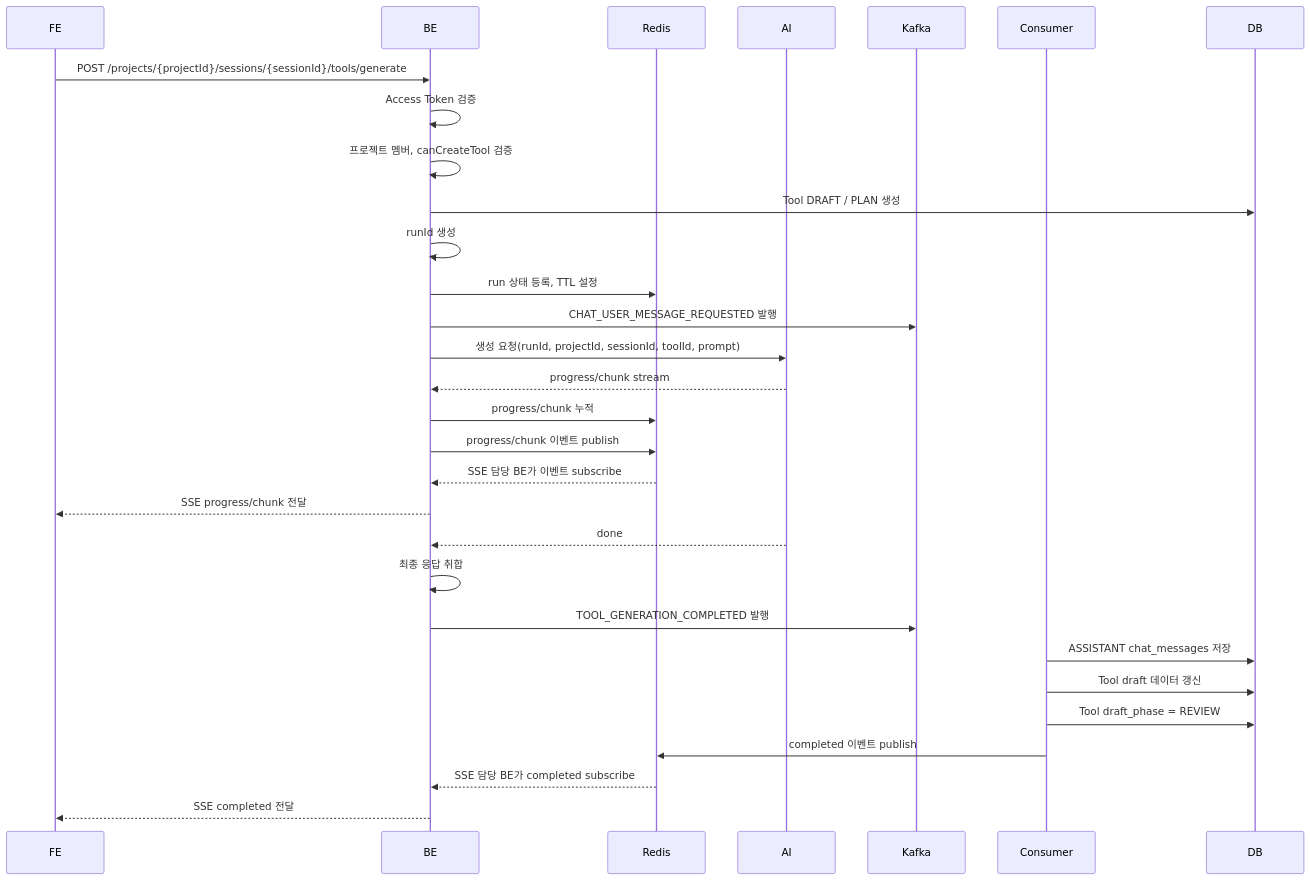
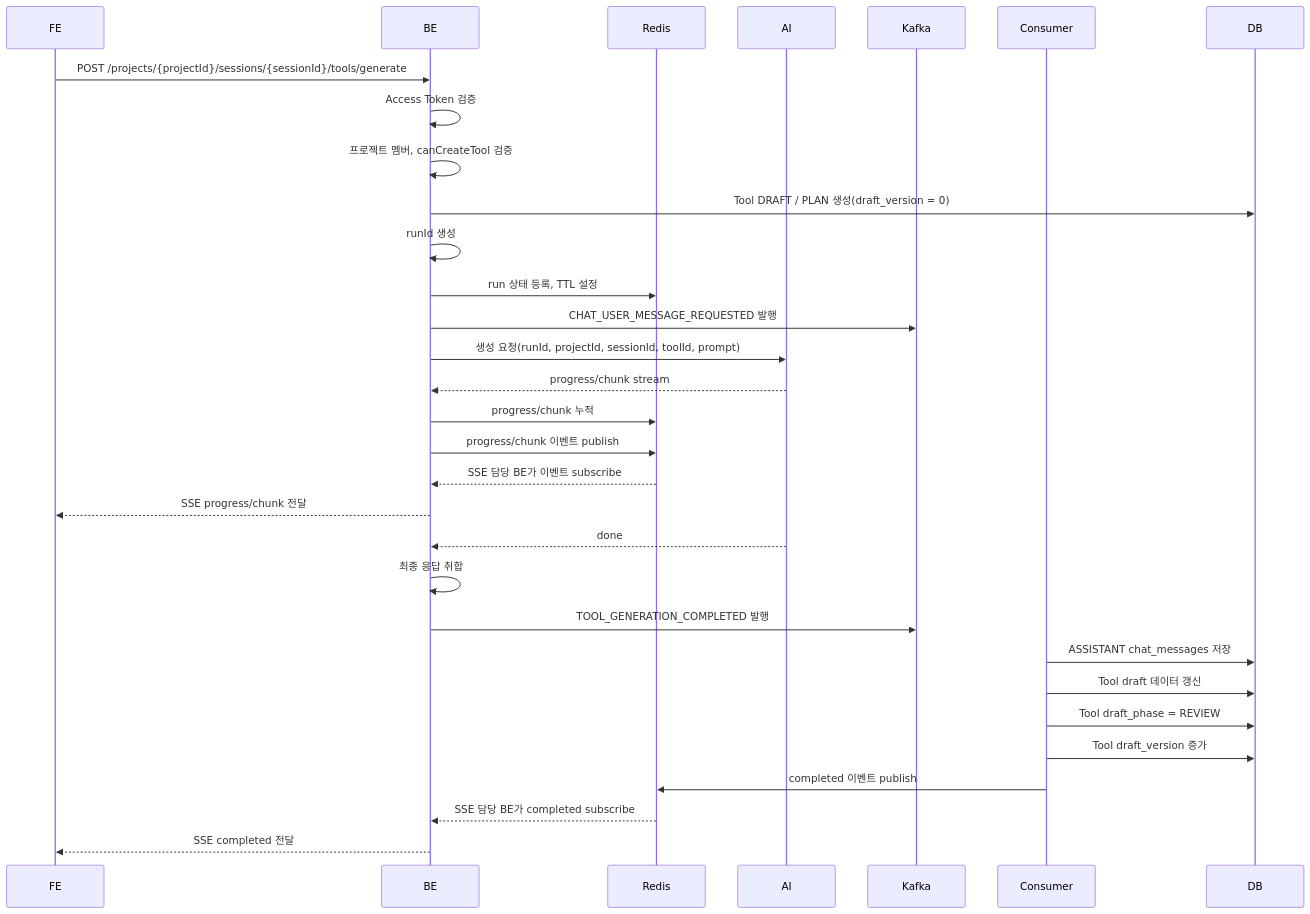
One commit to 5starss/theseus changed the diagram in docs/architecture/tool-execution-flow.md. Above: the diagram before and after it, drawn with Mermaid. The commit also changed other lines of this file and 13 other files, not shown here.

Commit message:
S14P31A308-189 [feat]: Tool draftVersion 및 stale feedback 검증 구현

````diff
--- a/docs/architecture/tool-execution-flow.md
+++ b/docs/architecture/tool-execution-flow.md
@@ -108,35 +108,36 @@
 ```mermaid
 sequenceDiagram
     participant FE
     participant BE
     participant Redis
     participant AI
     participant Kafka
     participant Consumer
     participant DB
 
     FE->>BE: POST /projects/{projectId}/sessions/{sessionId}/tools/generate
     BE->>BE: Access Token 검증
     BE->>BE: 프로젝트 멤버, canCreateTool 검증
-    BE->>DB: Tool DRAFT / PLAN 생성
+    BE->>DB: Tool DRAFT / PLAN 생성(draft_version = 0)
     BE->>BE: runId 생성
     BE->>Redis: run 상태 등록, TTL 설정
     BE->>Kafka: CHAT_USER_MESSAGE_REQUESTED 발행
     BE->>AI: 생성 요청(runId, projectId, sessionId, toolId, prompt)
 
     AI-->>BE: progress/chunk stream
     BE->>Redis: progress/chunk 누적
     BE->>Redis: progress/chunk 이벤트 publish
     Redis-->>BE: SSE 담당 BE가 이벤트 subscribe
     BE-->>FE: SSE progress/chunk 전달
 
     AI-->>BE: done
     BE->>BE: 최종 응답 취합
     BE->>Kafka: TOOL_GENERATION_COMPLETED 발행
     Consumer->>DB: ASSISTANT chat_messages 저장
     Consumer->>DB: Tool draft 데이터 갱신
     Consumer->>DB: Tool draft_phase = REVIEW
+    Consumer->>DB: Tool draft_version 증가
     Consumer->>Redis: completed 이벤트 publish
     Redis-->>BE: SSE 담당 BE가 completed subscribe
     BE-->>FE: SSE completed 전달
 ```
````
